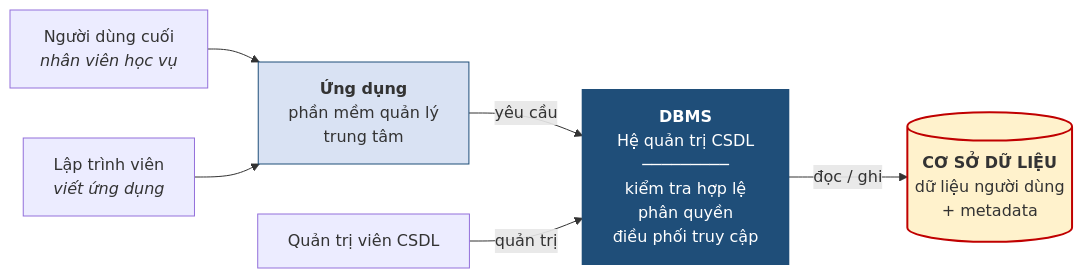
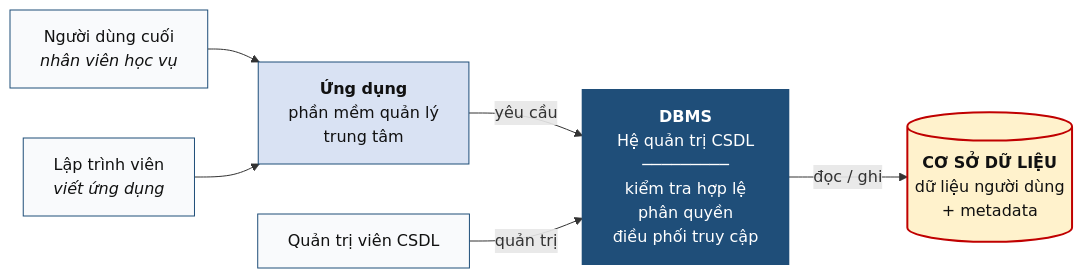
Before and after one commit to CuongNguyenDAU/csdl-dbs201: the diagram in docs/chuong-1/1-2-he-quan-tri-co-so-du-lieu.md, drawn with Mermaid. The commit also changed other lines of this file and 123 other files, not shown here.

Commit message:
Cập nhật bài giảng v7: sơ đồ ER ký pháp Chen, hình minh họa tự vẽ, mở rộng toàn diện Chương 5 và bổ sung lời giải A4, B5

````diff
--- a/docs/chuong-1/1-2-he-quan-tri-co-so-du-lieu.md
+++ b/docs/chuong-1/1-2-he-quan-tri-co-so-du-lieu.md
@@ -17,11 +17,14 @@
 ```mermaid
 flowchart LR
     U1["Người dùng cuối<br/><i>nhân viên học vụ</i>"] --> APP
     U2["Lập trình viên<br/><i>viết ứng dụng</i>"] --> APP
     APP["<b>Ứng dụng</b><br/>phần mềm quản lý<br/>trung tâm"] -->|"yêu cầu"| DBMS
     ADMIN["Quản trị viên CSDL"] -->|"quản trị"| DBMS
     DBMS["<b>DBMS</b><br/>Hệ quản trị CSDL<br/>─────────<br/>kiểm tra hợp lệ<br/>phân quyền<br/>điều phối truy cập"] -->|"đọc / ghi"| DB[("<b>CƠ SỞ DỮ LIỆU</b><br/>dữ liệu người dùng<br/>+ metadata")]
-    style DBMS fill:#1F4E79,color:#fff,stroke:#1F4E79,stroke-width:2px
-    style DB fill:#FFF2CC,stroke:#C00000,stroke-width:2px
-    style APP fill:#D9E2F3,stroke:#1F4E79
+    style DBMS fill:#1F4E79,color:#ffffff,stroke:#1F4E79,stroke-width:2px
+    style DB fill:#FFF2CC,stroke:#C00000,stroke-width:2px,color:#111111
+    style APP fill:#D9E2F3,stroke:#1F4E79,color:#111111
+    style U1 fill:#F9FAFC,stroke:#1F4E79,color:#111111
+    style U2 fill:#F9FAFC,stroke:#1F4E79,color:#111111
+    style ADMIN fill:#F9FAFC,stroke:#1F4E79,color:#111111
 ```
````
